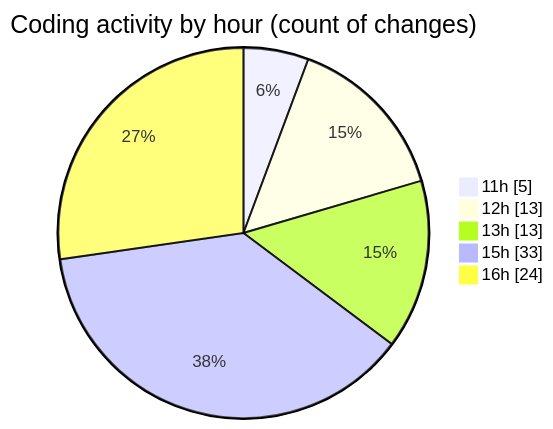
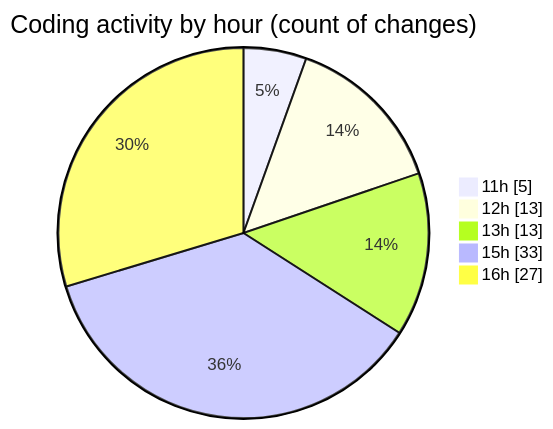
The second of 2 diagrams in 2025-08-06/nxtqube_webapp/README.md (nxtqubesakshisongat/code-tracking), drawn with Mermaid before and after one commit. The commit also changed other lines of this file and 1 other file, not shown here.

````diff
--- a/2025-08-06/nxtqube_webapp/README.md
+++ b/2025-08-06/nxtqube_webapp/README.md
@@ -41,9 +41,9 @@
 ```mermaid
 pie showData
 title Coding activity by hour (count of changes)
 "11h" : 5
 "12h" : 13
 "13h" : 13
 "15h" : 33
-"16h" : 24
+"16h" : 27
 ```
````
